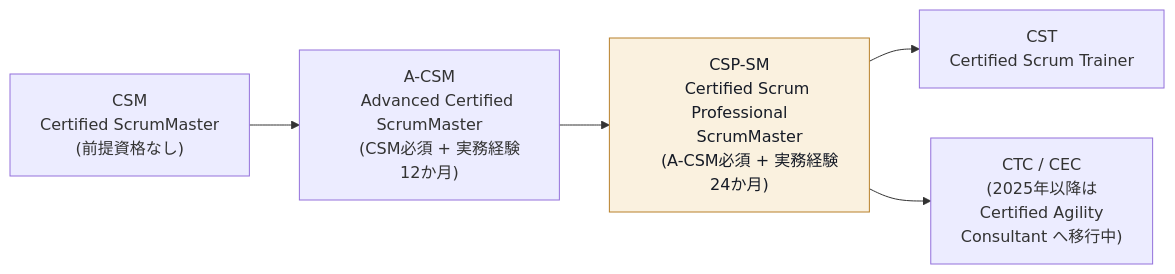
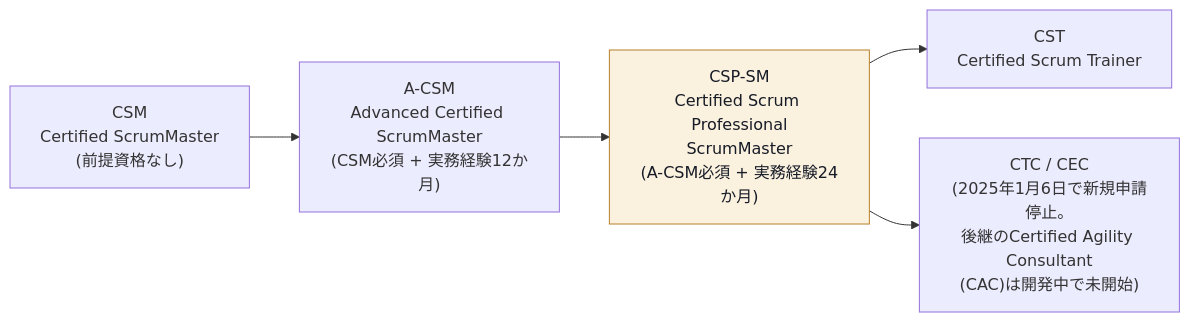
Before and after one commit to myoshi2891/Management-Team-Building-Studies: the first of 15 diagrams in Csp-sm-certified-scrum-professional-scrummaster-study-guide.md, drawn with Mermaid. The commit also changed other lines of this file, not shown here.

Commit message:
docs: CSP-SM 学習ガイドの技法解説・モデル説明および注記を更新

````diff
--- a/Csp-sm-certified-scrum-professional-scrummaster-study-guide.md
+++ b/Csp-sm-certified-scrum-professional-scrummaster-study-guide.md
@@ -57,21 +57,10 @@
 ```mermaid
 flowchart LR
-    A["CSM
-    Certified ScrumMaster
-    (前提資格なし)"] --> B["A-CSM
-    Advanced Certified ScrumMaster
-    (CSM必須 + 実務経験12か月)"]
-    B --> C["CSP-SM
-    Certified Scrum Professional
-    ScrumMaster
-    (A-CSM必須 + 実務経験24か月)"]
-    C --> D["CST
-    Certified Scrum Trainer"]
-    C --> E["CTC / CEC
-    (2025年以降は
-    Certified Agility
-    Consultant へ移行中)"]
+    A["CSM<br/>Certified ScrumMaster<br/>(前提資格なし)"] --> B["A-CSM<br/>Advanced Certified ScrumMaster<br/>(CSM必須 + 実務経験12か月)"]
+    B --> C["CSP-SM<br/>Certified Scrum Professional<br/>ScrumMaster<br/>(A-CSM必須 + 実務経験24か月)"]
+    C --> D["CST<br/>Certified Scrum Trainer"]
+    C --> E["CTC / CEC<br/>(2025年1月6日で新規申請停止。<br/>後継のCertified Agility Consultant<br/>(CAC)は開発中で未開始)"]
 
     classDef current fill:#FAF1DF,stroke:#B8802A,color:#161B26
     class C current
 ```
````
